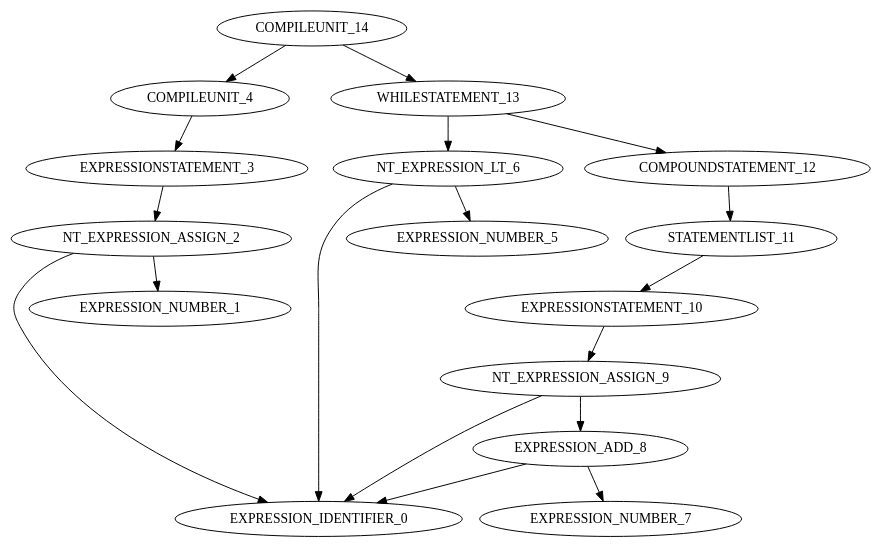
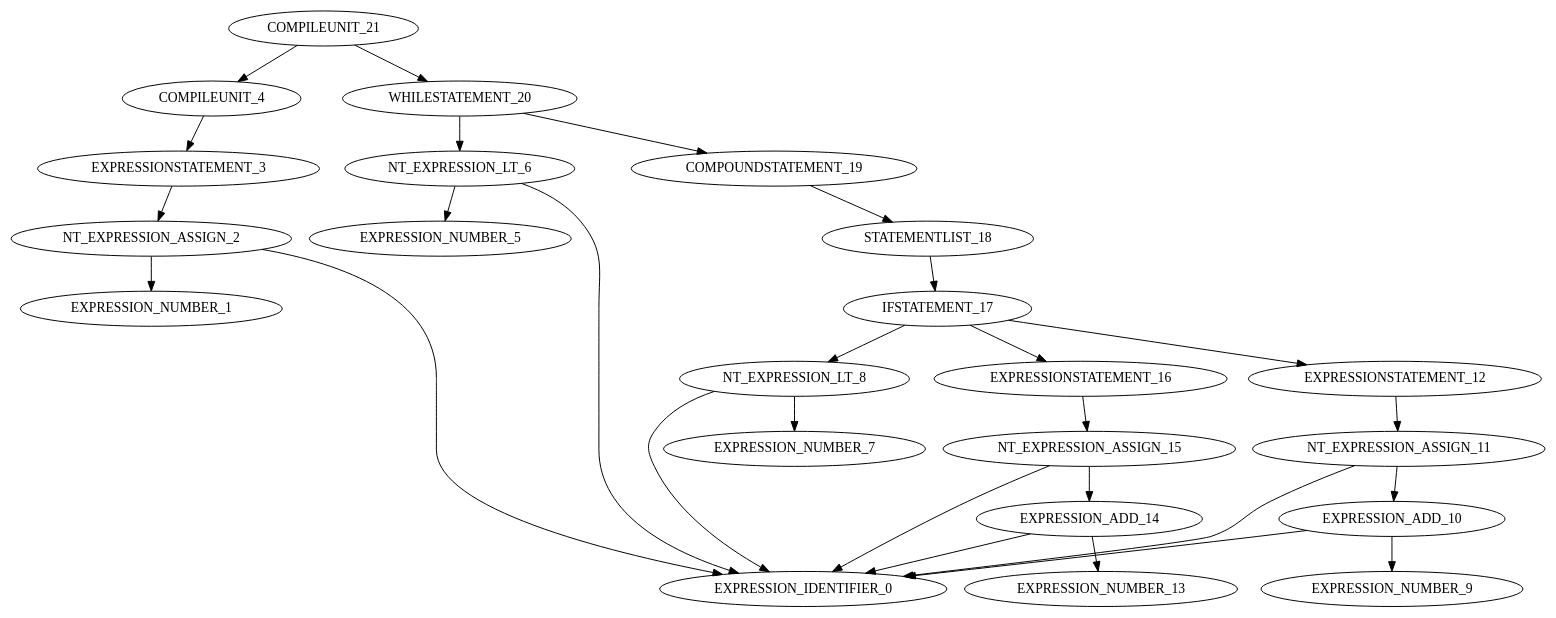
One commit to dhmhgreCompilers1/MINIC changed the diagram in MINIC/ST.dot. Above: the diagram before and after it, drawn with Graphviz. The commit also changed 4 other files, not shown here.

```diff
--- a/MINIC/ST.dot
+++ b/MINIC/ST.dot
@@ -1,19 +1,29 @@
 digraph G{
-"COMPILEUNIT_14"->"COMPILEUNIT_4";
+"COMPILEUNIT_21"->"COMPILEUNIT_4";
 "COMPILEUNIT_4"->"EXPRESSIONSTATEMENT_3";
 "EXPRESSIONSTATEMENT_3"->"NT_EXPRESSION_ASSIGN_2";
 "NT_EXPRESSION_ASSIGN_2"->"EXPRESSION_IDENTIFIER_0";
 "NT_EXPRESSION_ASSIGN_2"->"EXPRESSION_NUMBER_1";
-"COMPILEUNIT_14"->"WHILESTATEMENT_13";
-"WHILESTATEMENT_13"->"NT_EXPRESSION_LT_6";
+"COMPILEUNIT_21"->"WHILESTATEMENT_20";
+"WHILESTATEMENT_20"->"NT_EXPRESSION_LT_6";
 "NT_EXPRESSION_LT_6"->"EXPRESSION_IDENTIFIER_0";
 "NT_EXPRESSION_LT_6"->"EXPRESSION_NUMBER_5";
-"WHILESTATEMENT_13"->"COMPOUNDSTATEMENT_12";
-"COMPOUNDSTATEMENT_12"->"STATEMENTLIST_11";
-"STATEMENTLIST_11"->"EXPRESSIONSTATEMENT_10";
-"EXPRESSIONSTATEMENT_10"->"NT_EXPRESSION_ASSIGN_9";
-"NT_EXPRESSION_ASSIGN_9"->"EXPRESSION_IDENTIFIER_0";
-"NT_EXPRESSION_ASSIGN_9"->"EXPRESSION_ADD_8";
-"EXPRESSION_ADD_8"->"EXPRESSION_IDENTIFIER_0";
-"EXPRESSION_ADD_8"->"EXPRESSION_NUMBER_7";
+"WHILESTATEMENT_20"->"COMPOUNDSTATEMENT_19";
+"COMPOUNDSTATEMENT_19"->"STATEMENTLIST_18";
+"STATEMENTLIST_18"->"IFSTATEMENT_17";
+"IFSTATEMENT_17"->"NT_EXPRESSION_LT_8";
+"NT_EXPRESSION_LT_8"->"EXPRESSION_IDENTIFIER_0";
+"NT_EXPRESSION_LT_8"->"EXPRESSION_NUMBER_7";
+"IFSTATEMENT_17"->"EXPRESSIONSTATEMENT_12";
+"EXPRESSIONSTATEMENT_12"->"NT_EXPRESSION_ASSIGN_11";
+"NT_EXPRESSION_ASSIGN_11"->"EXPRESSION_IDENTIFIER_0";
+"NT_EXPRESSION_ASSIGN_11"->"EXPRESSION_ADD_10";
+"EXPRESSION_ADD_10"->"EXPRESSION_IDENTIFIER_0";
+"EXPRESSION_ADD_10"->"EXPRESSION_NUMBER_9";
+"IFSTATEMENT_17"->"EXPRESSIONSTATEMENT_16";
+"EXPRESSIONSTATEMENT_16"->"NT_EXPRESSION_ASSIGN_15";
+"NT_EXPRESSION_ASSIGN_15"->"EXPRESSION_IDENTIFIER_0";
+"NT_EXPRESSION_ASSIGN_15"->"EXPRESSION_ADD_14";
+"EXPRESSION_ADD_14"->"EXPRESSION_IDENTIFIER_0";
+"EXPRESSION_ADD_14"->"EXPRESSION_NUMBER_13";
 }
```
